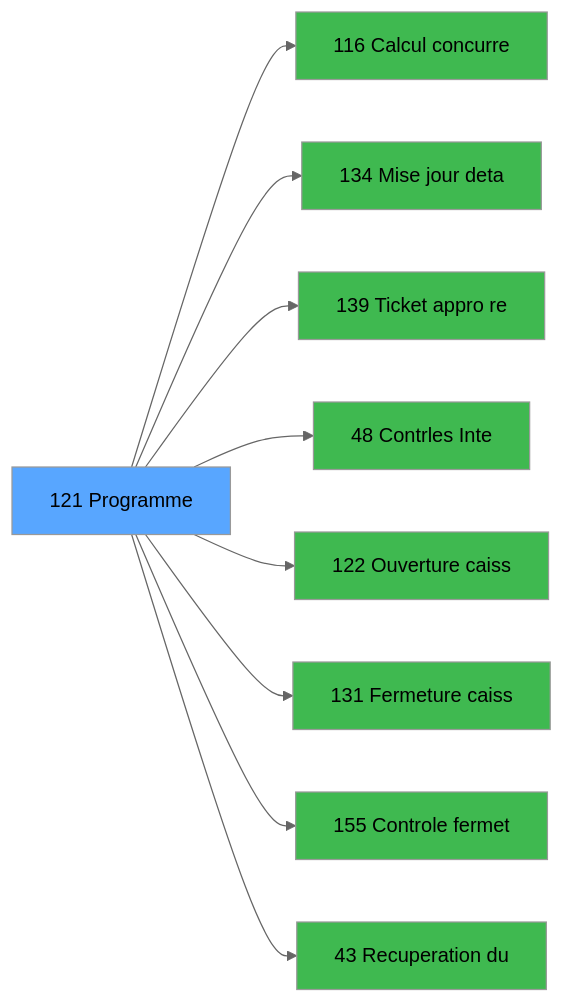
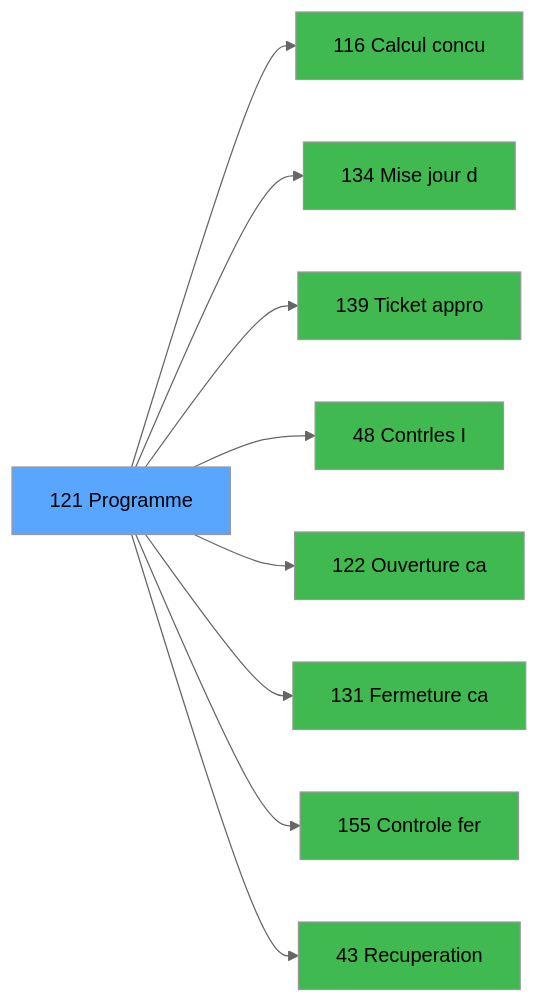
Before and after one commit to thonyAGP/magic-migration: the third of 3 diagrams in .openspec/specs/ADH-IDE-121.md, drawn with Mermaid (neutral theme). The commit also changed other lines of this file and 323 other files, not shown here.

````diff
--- a/.openspec/specs/ADH-IDE-121.md
+++ b/.openspec/specs/ADH-IDE-121.md
@@ -131,29 +150,29 @@
 ```mermaid
 graph LR
     T[121 Programme]
-    C116[116 Calcul concurre]
+    C116[116 Calcul concu]
     T --> C116
-    C134[134 Mise  jour deta]
+    C134[134 Mise  jour d]
     T --> C134
-    C139[139 Ticket appro re]
+    C139[139 Ticket appro]
     T --> C139
-    C48[48 Contrles   Inte]
+    C48[48 Contrles   I]
     T --> C48
-    C122[122 Ouverture caiss]
+    C122[122 Ouverture ca]
     T --> C122
-    C131[131 Fermeture caiss]
+    C131[131 Fermeture ca]
     T --> C131
-    C155[155 Controle fermet]
+    C155[155 Controle fer]
     T --> C155
-    C43[43 Recuperation du]
+    C43[43 Recuperation]
     T --> C43
     style T fill:#58a6ff,color:#000
     style C116 fill:#3fb950
     style C134 fill:#3fb950
     style C139 fill:#3fb950
     style C48 fill:#3fb950
     style C122 fill:#3fb950
     style C131 fill:#3fb950
     style C155 fill:#3fb950
     style C43 fill:#3fb950
 ```
````
